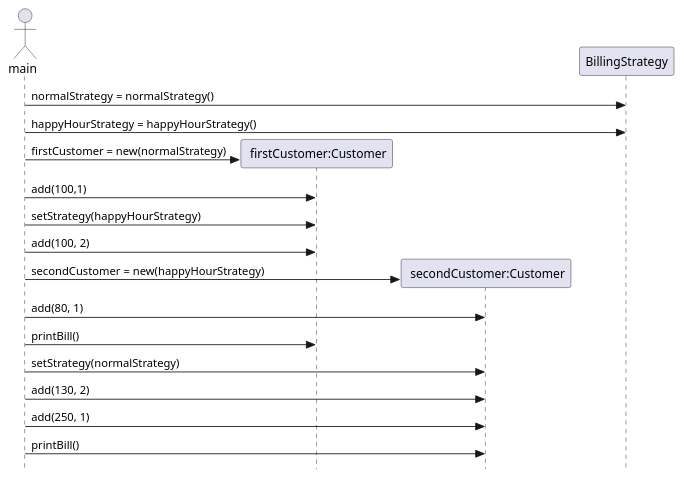
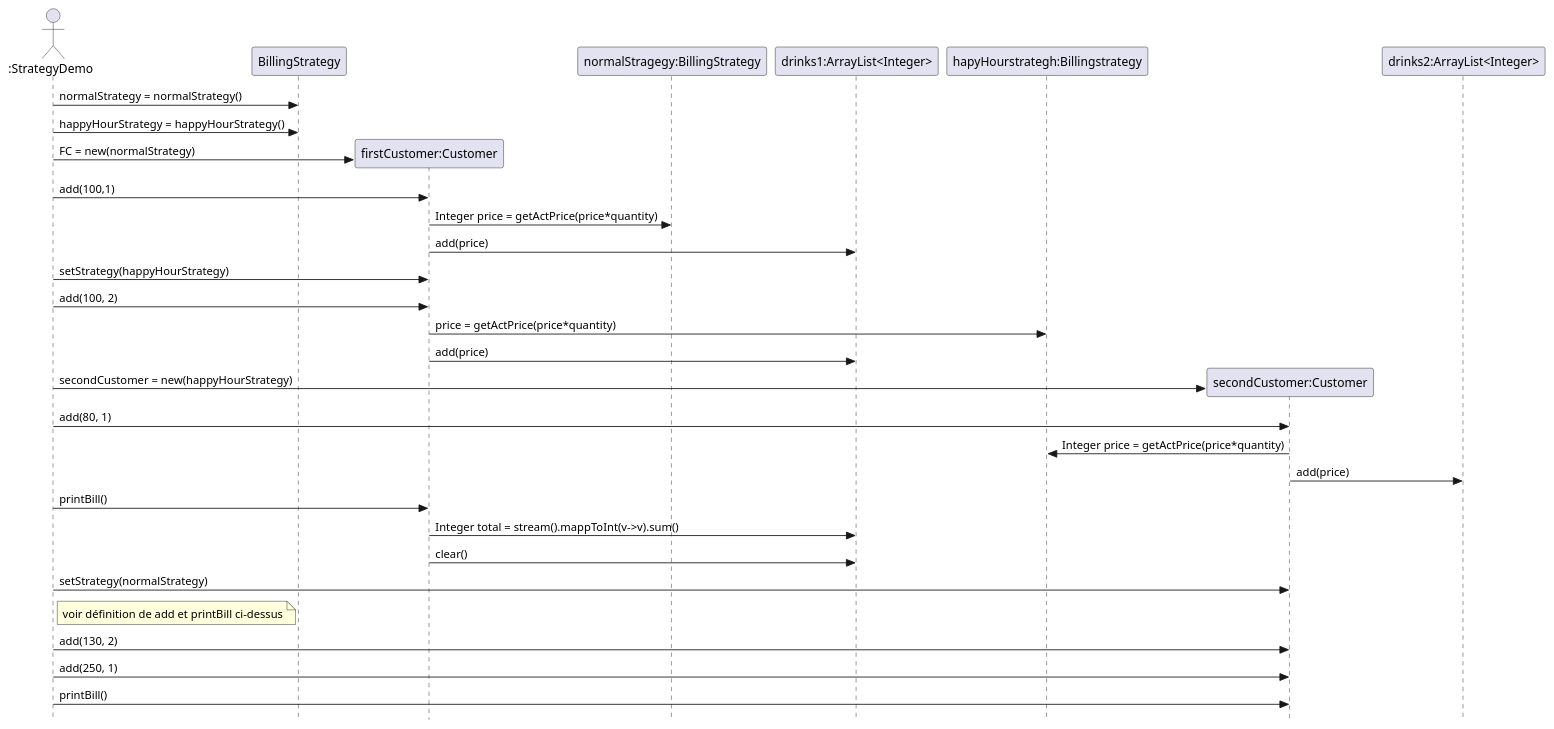
The second of 2 diagrams in src/main/java/Strategie/Billing/README.puml (yvanross/LOG121-GOF-exemples), drawn with PlantUML before and after one commit. The commit also changed other lines of this file and 27 other files, not shown here.

```diff
--- a/src/main/java/Strategie/Billing/README.puml
+++ b/src/main/java/Strategie/Billing/README.puml
@@ -26,22 +25,38 @@
-@startuml Diagramme de séquence de StrategieDemo
+@startuml DS-StrategieDemo
 skinparam Style strictuml
 
-actor main
-participant " firstCustomer:Customer"  as  firstCustomer
-participant " secondCustomer:Customer"  as  secondCustomer
+actor ":StrategyDemo" as main
+participant BillingStrategy
+participant "firstCustomer:Customer"  as  FC
+participant "normalStragegy:BillingStrategy" as NS
+participant "drinks1:ArrayList<Integer>" as D1
+participant "hapyHourstrategh:Billingstrategy" as HS
+participant "secondCustomer:Customer"  as  SC
+participant "drinks2:ArrayList<Integer>" as D2
 
 main -> BillingStrategy : normalStrategy = normalStrategy()
 main -> BillingStrategy : happyHourStrategy = happyHourStrategy()
-main -> firstCustomer ** : firstCustomer = new(normalStrategy) 
-main -> firstCustomer : add(100,1)
-main -> firstCustomer : setStrategy(happyHourStrategy)
-main -> firstCustomer : add(100, 2)
-main -> secondCustomer ** : secondCustomer = new(happyHourStrategy) 
-main -> secondCustomer : add(80, 1)
-main -> firstCustomer : printBill()
-main -> secondCustomer : setStrategy(normalStrategy)
-main -> secondCustomer : add(130, 2)
-main -> secondCustomer : add(250, 1)
-main -> secondCustomer : printBill()
+main -> FC ** : FC = new(normalStrategy) 
+main -> FC : add(100,1)
+FC -> NS: Integer price = getActPrice(price*quantity)
+FC -> D1: add(price)
+main -> FC : setStrategy(happyHourStrategy)
+main -> FC : add(100, 2)
+FC -> HS: price = getActPrice(price*quantity)
+FC -> D1: add(price)
+main -> SC ** : secondCustomer = new(happyHourStrategy) 
+main -> SC : add(80, 1)
+SC -> HS: Integer price = getActPrice(price*quantity)
+SC -> D2: add(price)
+main -> FC: printBill()
+FC -> D1: Integer total = stream().mappToInt(v->v).sum()
+FC-> D1: clear()
+
+
+main -> SC : setStrategy(normalStrategy)
+note right of main: voir définition de add et printBill ci-dessus
+main -> SC : add(130, 2)
+main -> SC : add(250, 1)
+main -> SC : printBill()
 
 @enduml
```
